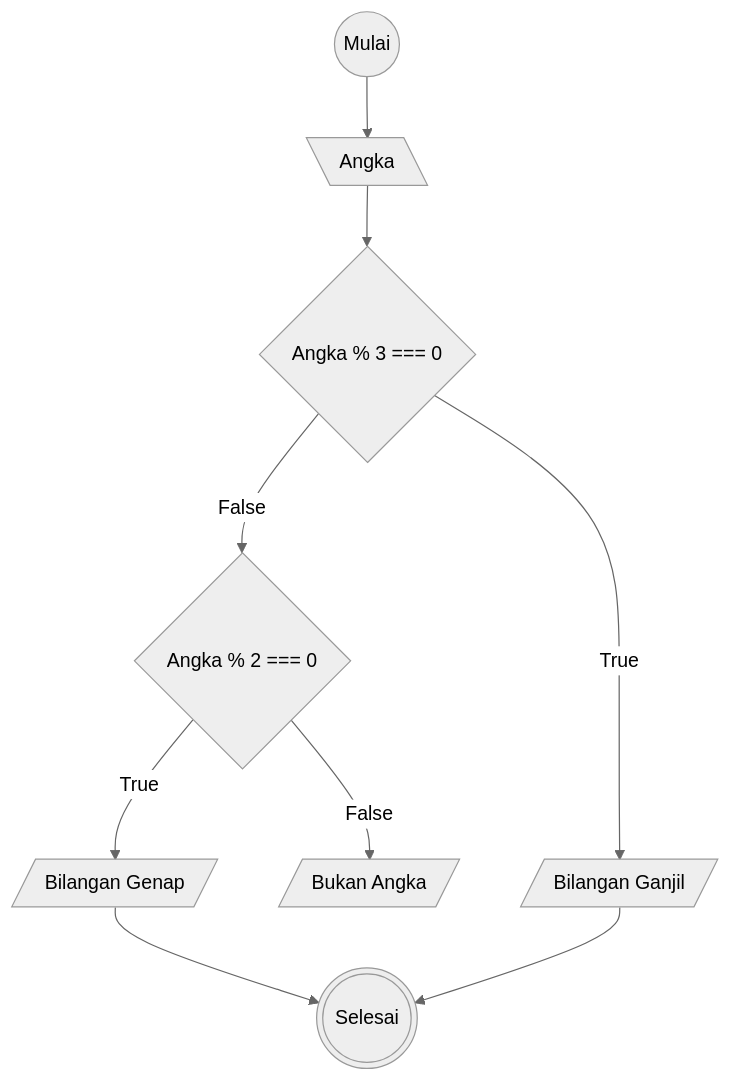
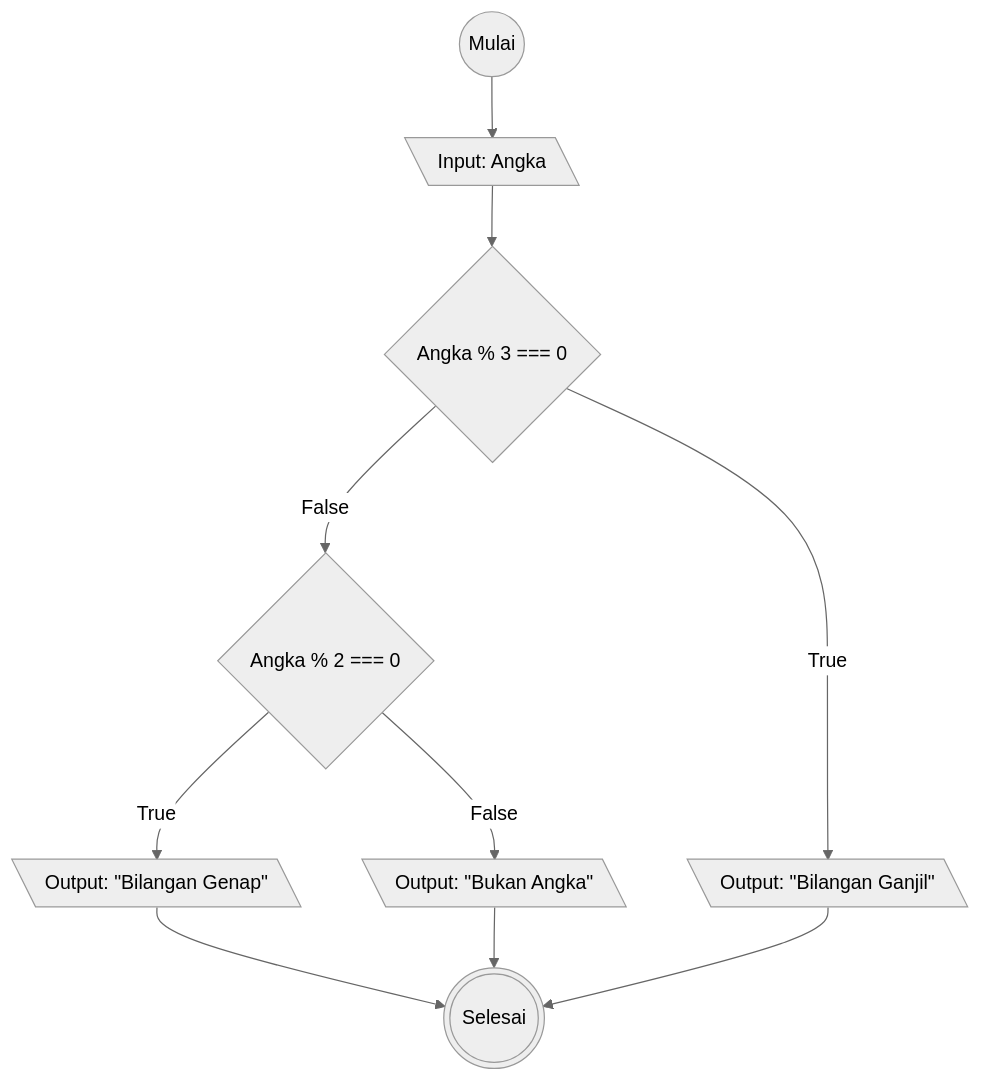
The diagram in flowchart-ganjil-genap.md (rezafauzan/koda-b6-algoritma), drawn with Mermaid (neutral theme) before and after one commit.

Commit message:
Patch: Fix ambiguos input/output simbol

````diff
--- a/flowchart-ganjil-genap.md
+++ b/flowchart-ganjil-genap.md
@@ -1,16 +1,16 @@
 ```mermaid
 flowchart TD
 
-a@{"shape":"circle",  "label": "Mulai"}
-b@{"shape":"lean-l",  "label": "Angka"}
+start@{"shape":"circle",  "label": "Mulai"}
+b@{"shape":"lean-l",  "label": "Input: Angka"}
 c@{"shape":"diamond",  "label": "Angka % 3 === 0"}
-d@{"shape":"lean-r",  "label": "Bilangan Ganjil"}
+d@{"shape":"lean-l",  "label": "Output: #quot;Bilangan Ganjil#quot;"}
 e@{"shape":"diamond",  "label": "Angka % 2 === 0"}
-f@{"shape":"lean-r",  "label": "Bilangan Genap"}
-g@{"shape":"lean-r",  "label": "Bukan Angka"}
+f@{"shape":"lean-l",  "label": "Output: #quot;Bilangan Genap#quot;"}
+g@{"shape":"lean-l",  "label": "Output: #quot;Bukan Angka#quot;"}
 h@{"shape":"dbl-circ",  "label": "Selesai"}
 
-a-->b-->c--False-->e--True-->f-->h
+start-->b-->c--False-->e--True-->f-->h
 c--True-->d-->h
-e--False-->g
+e--False-->g-->h
 ```
````
